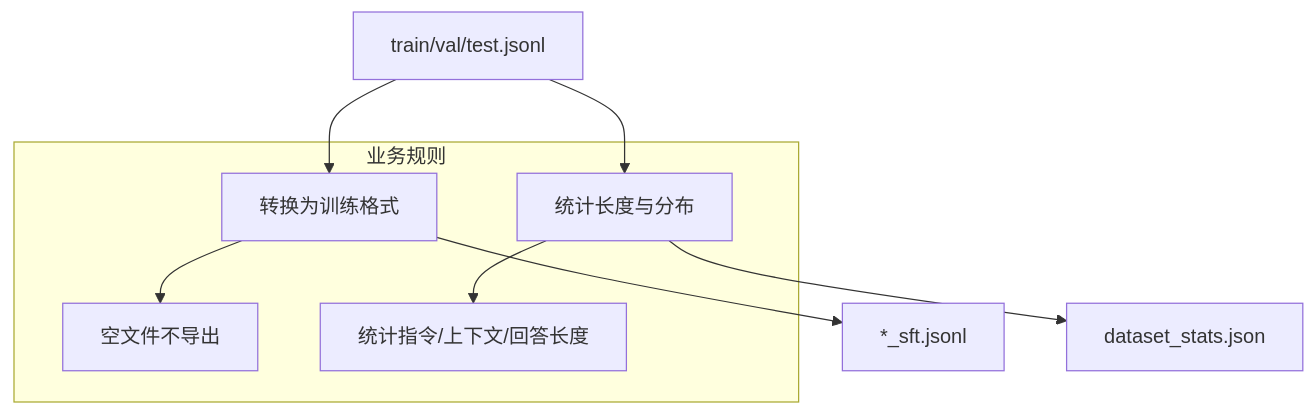
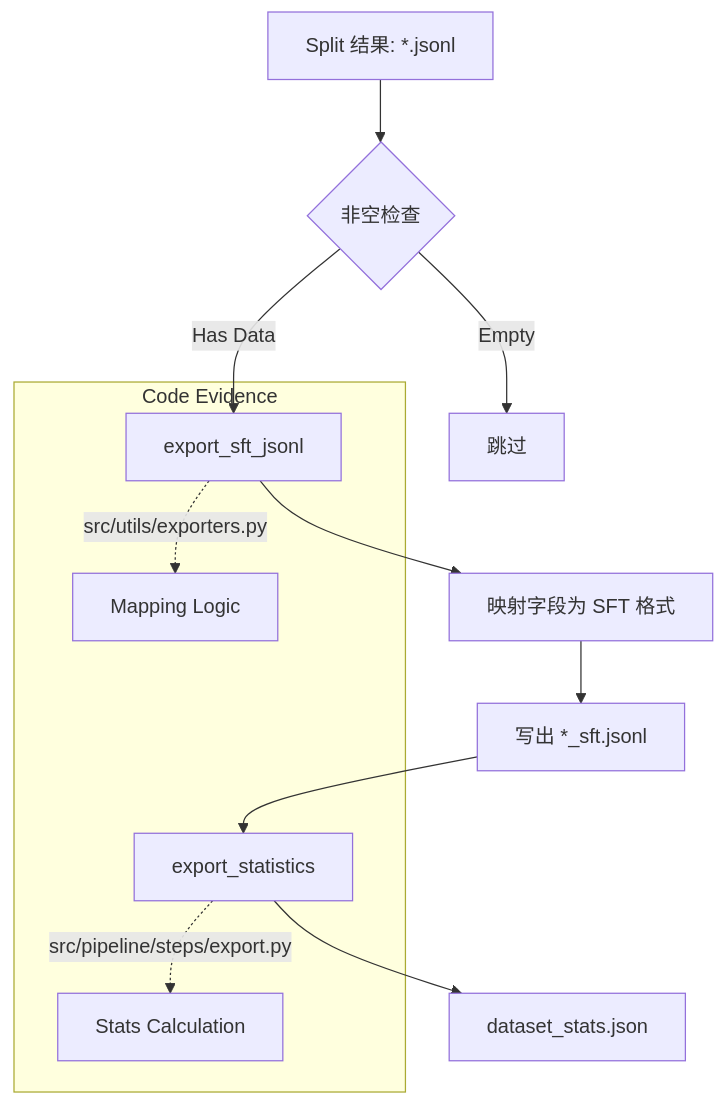
The diagram in docs/features/04_pipeline/sft_export_and_stats.md (FlutteryEmbers/intelligent_code), drawn with Mermaid before and after one commit. The commit also changed other lines of this file and 8 other files, not shown here.

````diff
--- a/docs/features/04_pipeline/sft_export_and_stats.md
+++ b/docs/features/04_pipeline/sft_export_and_stats.md
@@ -32,12 +60,15 @@
 ```mermaid
 flowchart TD
-  A[train/val/test.jsonl] --> B[转换为训练格式]
-  B --> C[*_sft.jsonl]
-  A --> D[统计长度与分布]
-  D --> E[dataset_stats.json]
+  A[Split 结果: *.jsonl] --> B{非空检查}
+  B -- Empty --> C[跳过]
+  B -- Has Data --> D[export_sft_jsonl]
+  D --> E[映射字段为 SFT 格式]
+  E --> F[写出 *_sft.jsonl]
+  F --> G[export_statistics]
+  G --> H[dataset_stats.json]
 
-  subgraph 业务规则
-    B --> B1[空文件不导出]
-    D --> D1[统计指令/上下文/回答长度]
+  subgraph Code Evidence
+    D -.-> |src/utils/exporters.py| convert[Mapping Logic]
+    G -.-> |src/pipeline/steps/export.py| stats[Stats Calculation]
   end
 ```
````
